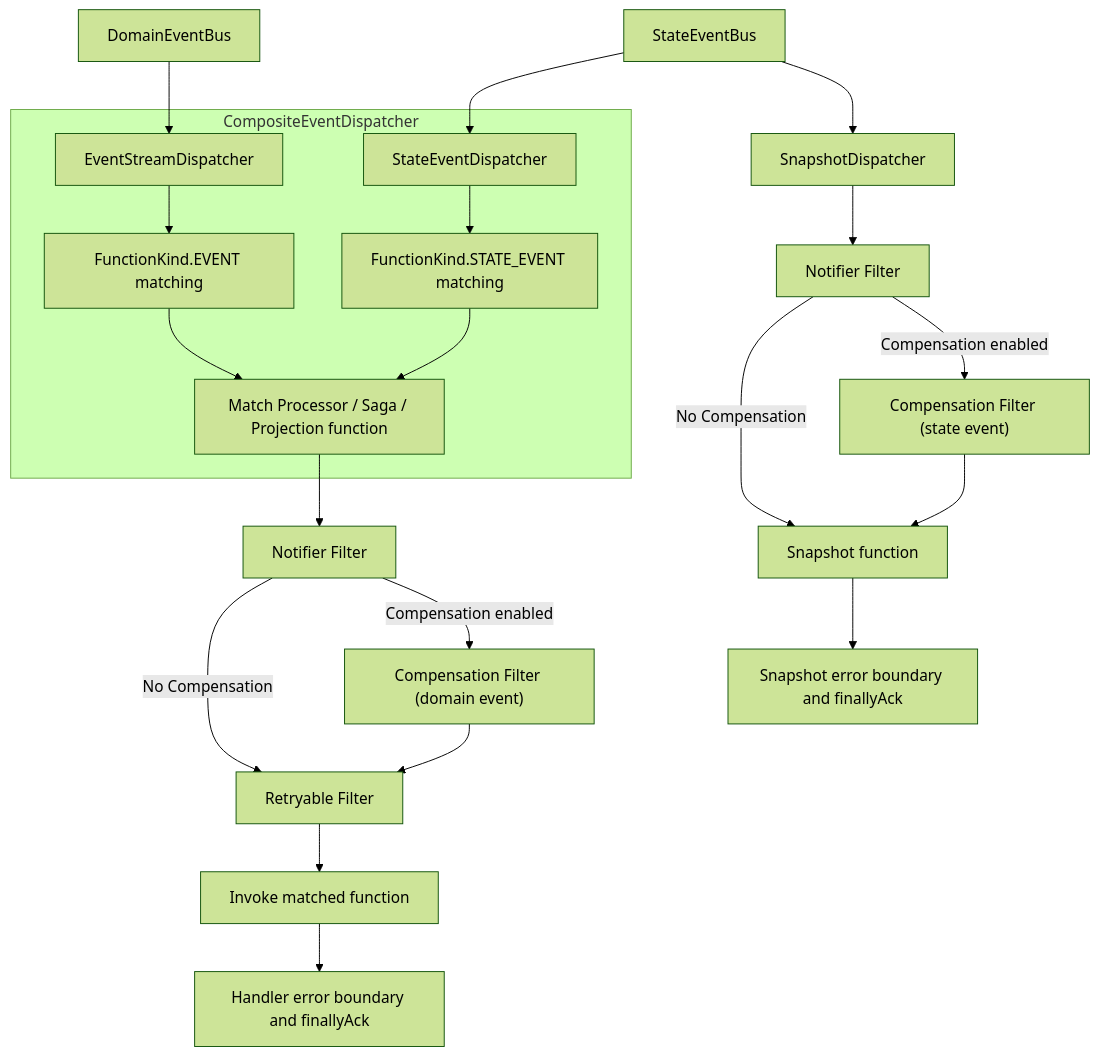
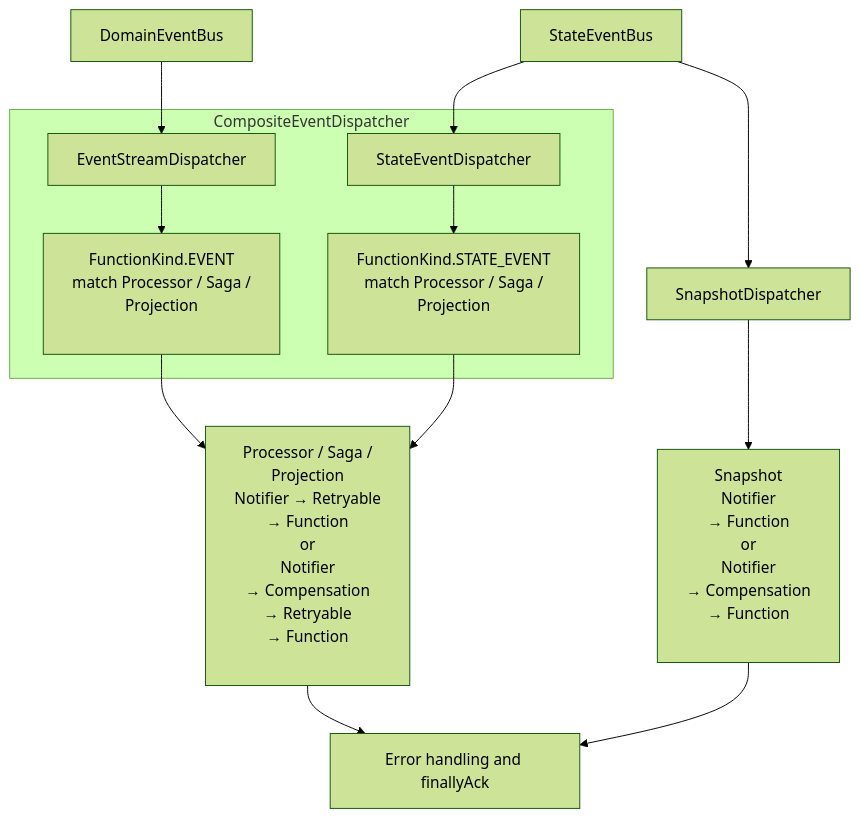
Before and after one commit to Ahoo-Wang/Wow: the diagram in documentation/docs/en/guide/event/dispatch.md, drawn with Mermaid (forest theme). The commit also changed 11 other files, not shown here.

Commit message:
docs: correct final diagram semantics

````diff
--- a/documentation/docs/en/guide/event/dispatch.md
+++ b/documentation/docs/en/guide/event/dispatch.md
@@ -24,23 +24,15 @@
 ```mermaid
 flowchart TB
     DomainBus["DomainEventBus"] --> EventStream["EventStreamDispatcher"]
     StateBus["StateEventBus"] --> StateEvent["StateEventDispatcher"]
     StateBus --> SnapshotDispatcher["SnapshotDispatcher"]
     subgraph Composite["CompositeEventDispatcher"]
-        EventStream --> EventKind["FunctionKind.EVENT matching"]
-        StateEvent --> StateKind["FunctionKind.STATE_EVENT matching"]
-        EventKind --> Matched["Match Processor / Saga / Projection function"]
-        StateKind --> Matched
+        EventStream --> EventKind["FunctionKind.EVENT<br/>match Processor / Saga /<br/>Projection<br/>&nbsp;"]
+        StateEvent --> StateKind["FunctionKind.STATE_EVENT<br/>match Processor / Saga /<br/>Projection<br/>&nbsp;"]
     end
-    Matched --> EventNotifier["Notifier Filter"]
-    EventNotifier -->|"No Compensation"| Retryable["Retryable Filter"]
-    EventNotifier -->|"Compensation enabled"| DomainCompensation["Compensation Filter (domain event)"]
-    DomainCompensation --> Retryable
-    Retryable --> EventFunction["Invoke matched function"]
-    SnapshotDispatcher --> SnapshotNotifier["Notifier Filter"]
-    SnapshotNotifier -->|"No Compensation"| SnapshotFunction["Snapshot function"]
-    SnapshotNotifier -->|"Compensation enabled"| StateCompensation["Compensation Filter (state event)"]
-    StateCompensation --> SnapshotFunction
-    EventFunction --> EventBoundary["Handler error boundary and finallyAck"]
-    SnapshotFunction --> SnapshotBoundary["Snapshot error boundary and finallyAck"]
+    EventKind --> EventChain["Processor / Saga /<br/>Projection<br/>Notifier → Retryable<br/>→ Function<br/>or<br/>Notifier<br/>→ Compensation<br/>→ Retryable<br/>→ Function<br/>&nbsp;"]
+    StateKind --> EventChain
+    SnapshotDispatcher --> SnapshotChain["Snapshot<br/>Notifier<br/>→ Function<br/>or<br/>Notifier<br/>→ Compensation<br/>→ Function<br/>&nbsp;"]
+    EventChain --> Boundary["Error handling and finallyAck"]
+    SnapshotChain --> Boundary
 ```
````
